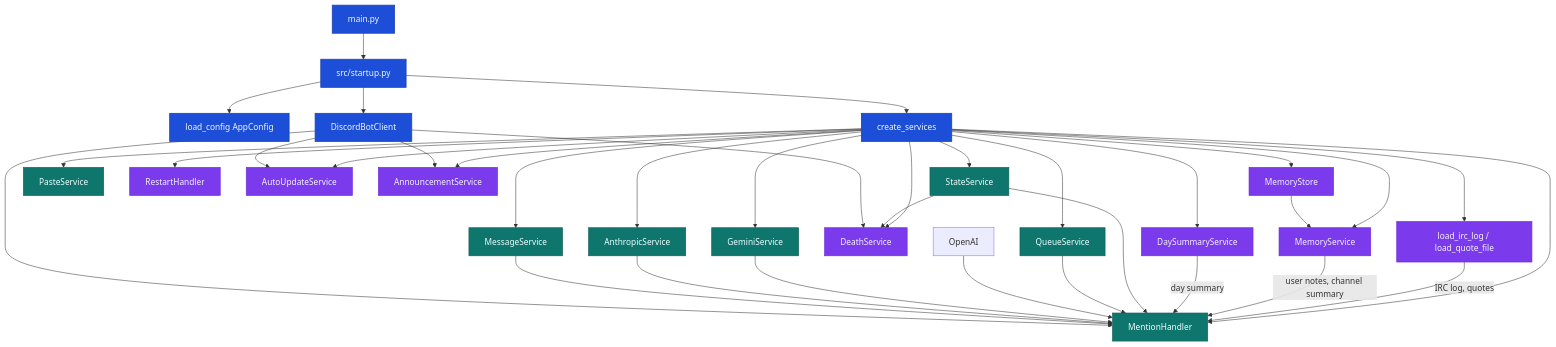
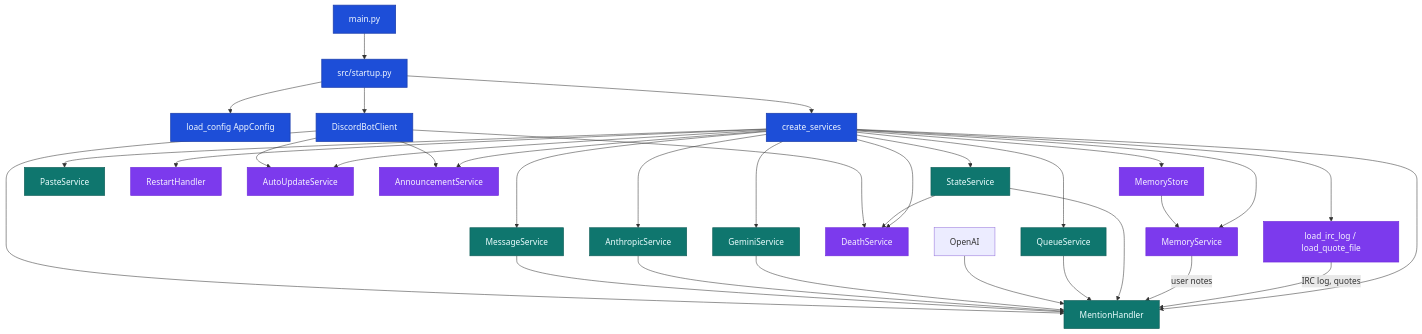
The second of 5 diagrams in docs/architecture.md (jobeus/cmwgpt), drawn with Mermaid before and after one commit. The commit also changed other lines of this file and 21 other files, not shown here.

First line of the commit message:
feat!: drop the day and channel summaries

````diff
--- a/docs/architecture.md
+++ b/docs/architecture.md
@@ -99,51 +95,49 @@
 ```mermaid
 flowchart TB
     classDef core fill:#1d4ed8,color:#eff6ff,stroke:#1e40af,stroke-width:1.5px;
     classDef svc fill:#0f766e,color:#ecfeff,stroke:#115e59,stroke-width:1.2px;
     classDef aux fill:#7c3aed,color:#f5f3ff,stroke:#6d28d9,stroke-width:1.2px;
 
     Main[main.py]:::core --> Startup[src/startup.py]:::core
     Startup --> Config[load_config AppConfig]:::core
     Startup --> Factory[create_services]:::core
     Factory --> State[StateService]:::svc
     Factory --> Queue[QueueService]:::svc
     Factory --> Gemini[GeminiService]:::svc
     Factory --> Anthropic[AnthropicService]:::svc
     Factory --> Paste[PasteService]:::svc
     Factory --> Message[MessageService]:::svc
     Factory --> Restart[RestartHandler]:::aux
     Factory --> AutoUpdate[AutoUpdateService]:::aux
     Factory --> Announce[AnnouncementService]:::aux
 
     Factory --> Death[DeathService]:::aux
     Factory --> MemStore[MemoryStore]:::aux
     Factory --> Memory[MemoryService]:::aux
-    Factory --> DaySummary[DaySummaryService]:::aux
     Factory --> Mention[MentionHandler]:::svc
     Factory --> IrcLog[load_irc_log / load_quote_file]:::aux
     IrcLog -->|IRC log, quotes| Mention
 
     MemStore --> Memory
-    Memory -->|user notes, channel summary| Mention
-    DaySummary -->|day summary| Mention
+    Memory -->|user notes| Mention
 
 
     State --> Death
     State --> Mention
     Queue --> Mention
 
     OpenAI --> Mention
 
     Gemini --> Mention
 
     Anthropic --> Mention
 
     Message --> Mention
 
     Startup --> Client[DiscordBotClient]:::core
     Client --> Mention
     Client --> AutoUpdate
     Client --> Announce
 
     Client --> Death
 ```
````
